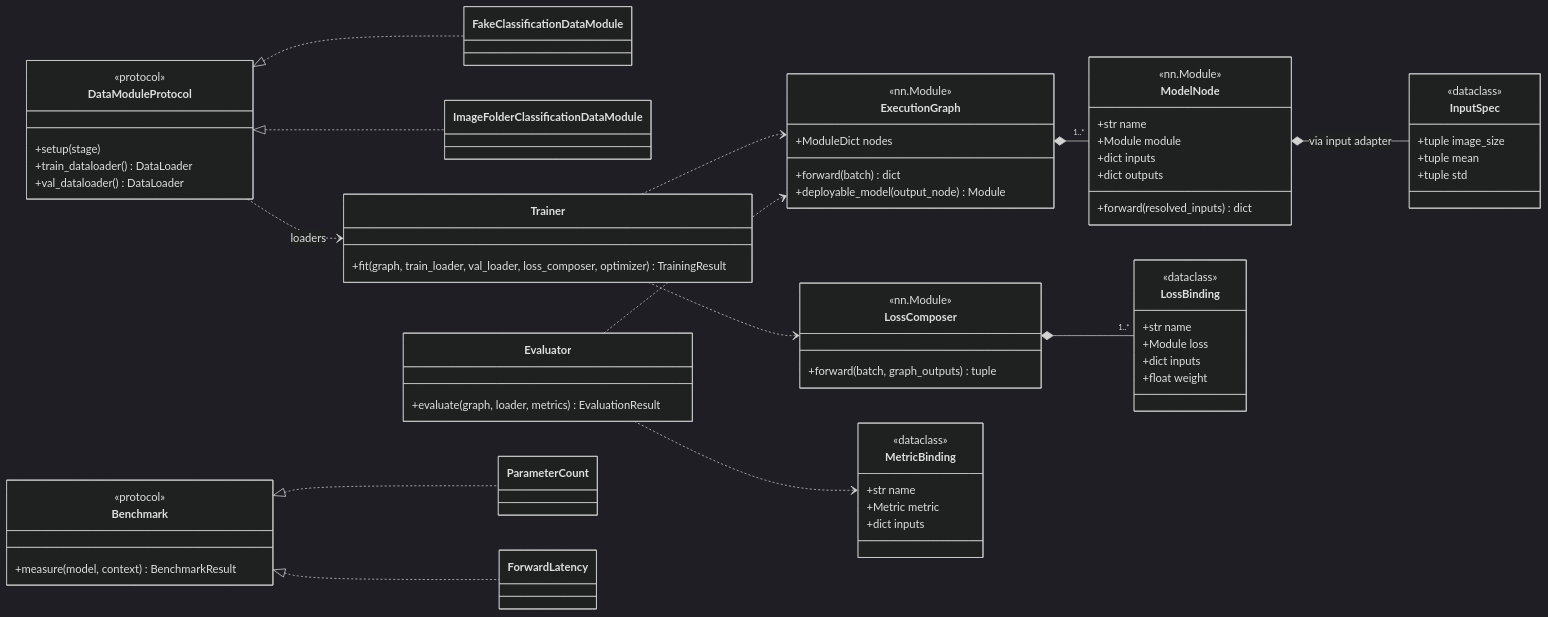
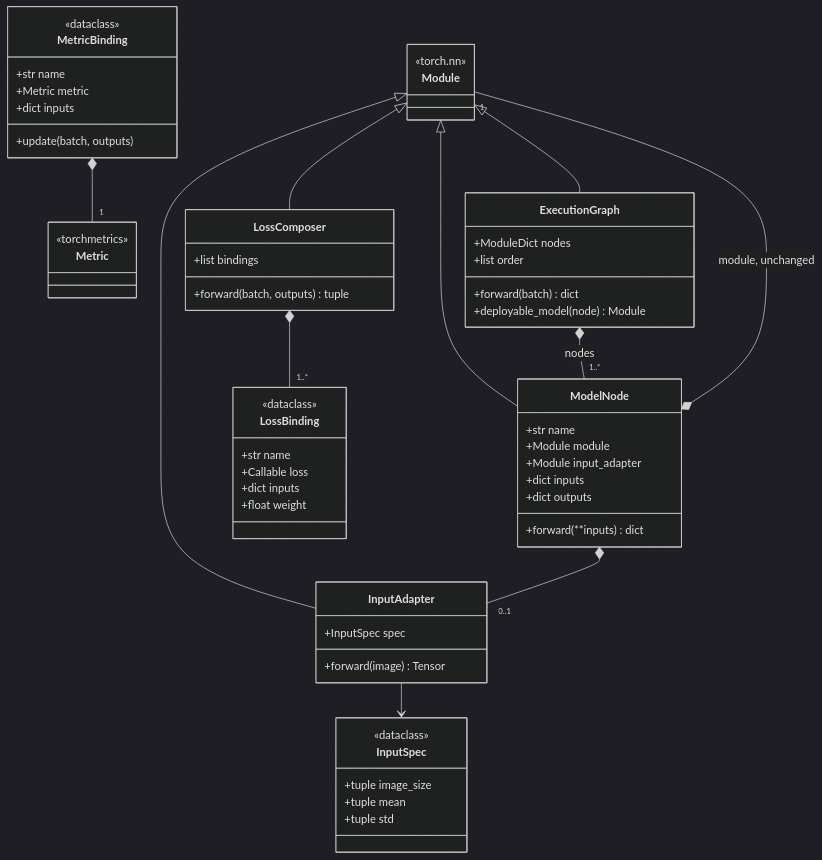
One commit to tile-and-error/imagenet-classification changed the second of 5 diagrams in PLAN.md. Above: the diagram before and after it, drawn with Mermaid (dark theme). The commit also changed other lines of this file and 3 other files, not shown here.

````diff
--- a/PLAN.md
+++ b/PLAN.md
@@ -140,75 +192,63 @@
 ```mermaid
 classDiagram
-    direction LR
-    class DataModuleProtocol {
-        <<protocol>>
-        +setup(stage)
-        +train_dataloader() DataLoader
-        +val_dataloader() DataLoader
+    direction TB
+    class Module {
+        <<torch.nn>>
     }
-    class FakeClassificationDataModule
-    class ImageFolderClassificationDataModule
-    DataModuleProtocol <|.. FakeClassificationDataModule
-    DataModuleProtocol <|.. ImageFolderClassificationDataModule
-
+    class Metric {
+        <<torchmetrics>>
+    }
+    class ExecutionGraph {
+        +ModuleDict nodes
+        +list order
+        +forward(batch) dict
+        +deployable_model(node) Module
+    }
+    class ModelNode {
+        +str name
+        +Module module
+        +Module input_adapter
+        +dict inputs
+        +dict outputs
+        +forward(**inputs) dict
+    }
+    class InputAdapter {
+        +InputSpec spec
+        +forward(image) Tensor
+    }
     class InputSpec {
         <<dataclass>>
         +tuple image_size
         +tuple mean
         +tuple std
     }
-    class ModelNode {
-        <<nn.Module>>
-        +str name
-        +Module module
-        +dict inputs
-        +dict outputs
-        +forward(resolved_inputs) dict
-    }
-    class ExecutionGraph {
-        <<nn.Module>>
-        +ModuleDict nodes
-        +forward(batch) dict
-        +deployable_model(output_node) Module
+    class LossComposer {
+        +list bindings
+        +forward(batch, outputs) tuple
     }
     class LossBinding {
         <<dataclass>>
         +str name
-        +Module loss
+        +Callable loss
         +dict inputs
         +float weight
-    }
-    class LossComposer {
-        <<nn.Module>>
-        +forward(batch, graph_outputs) tuple
     }
     class MetricBinding {
         <<dataclass>>
         +str name
         +Metric metric
         +dict inputs
+        +update(batch, outputs)
     }
-    class Trainer {
-        +fit(graph, train_loader, val_loader, loss_composer, optimizer) TrainingResult
-    }
-    class Evaluator {
-        +evaluate(graph, loader, metrics) EvaluationResult
-    }
-    class Benchmark {
-        <<protocol>>
-        +measure(model, context) BenchmarkResult
-    }
-    class ParameterCount
-    class ForwardLatency
-    Benchmark <|.. ParameterCount
-    Benchmark <|.. ForwardLatency
 
-    ModelNode *-- InputSpec : via input adapter
-    ExecutionGraph *-- "1..*" ModelNode
+    Module <|-- ExecutionGraph
+    Module <|-- ModelNode
+    Module <|-- InputAdapter
+    Module <|-- LossComposer
+    ExecutionGraph *-- "1..*" ModelNode : nodes
+    ModelNode *-- "1" Module : module, unchanged
+    ModelNode *-- "0..1" InputAdapter
+    InputAdapter --> InputSpec
     LossComposer *-- "1..*" LossBinding
-    Trainer ..> ExecutionGraph
-    Trainer ..> LossComposer
-    Evaluator ..> ExecutionGraph
-    Evaluator ..> MetricBinding
-    DataModuleProtocol ..> Trainer : loaders
+    MetricBinding *-- "1" Metric
 ```
````
